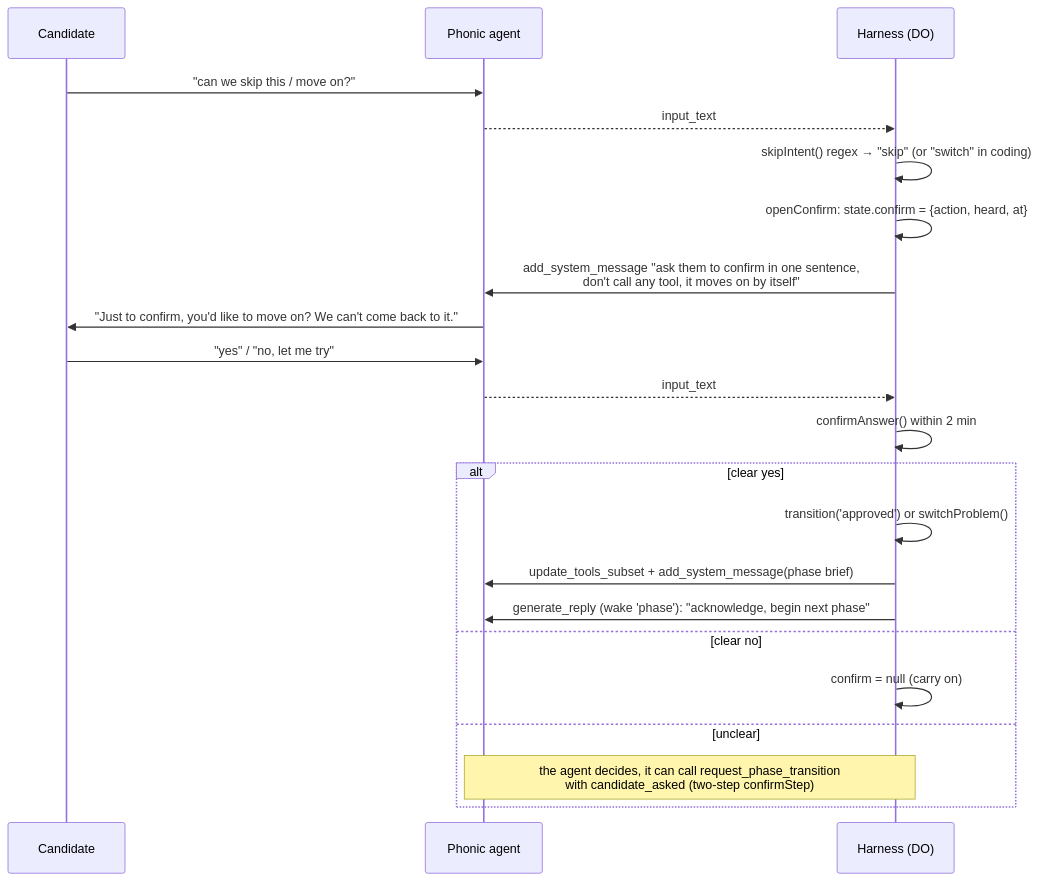
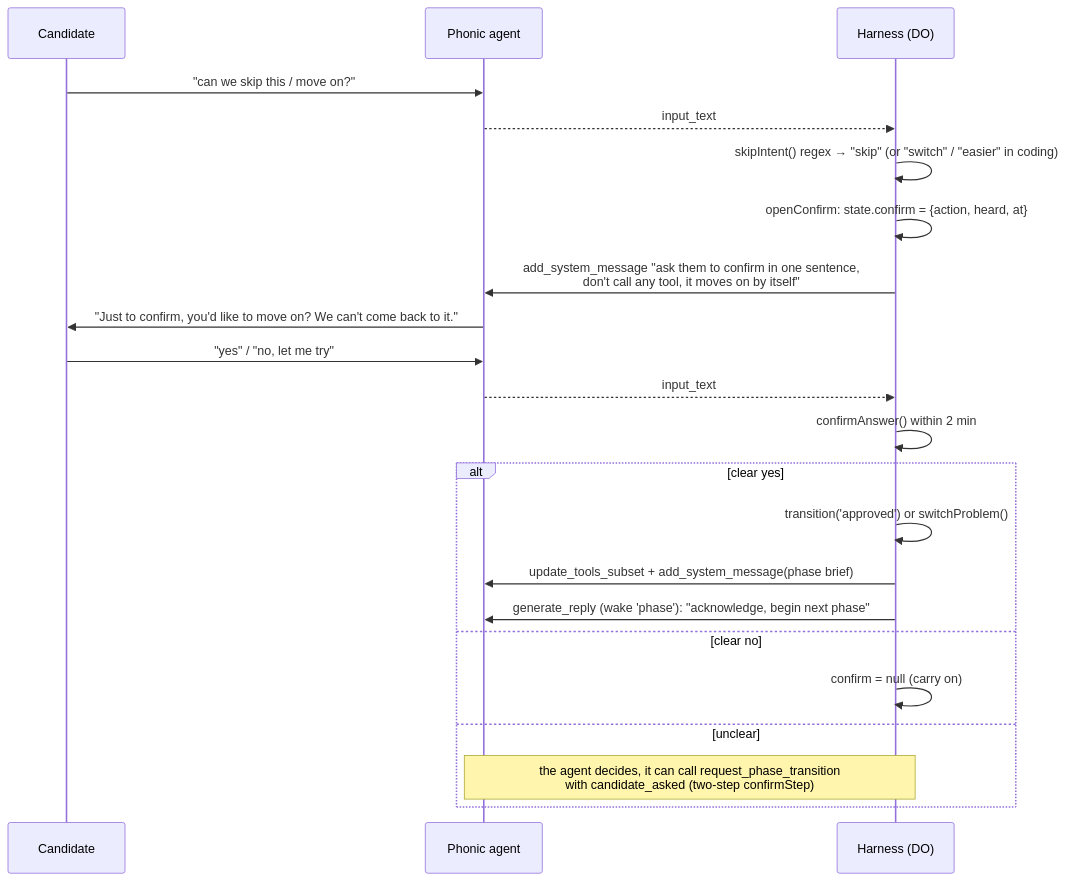
The tenth of 12 diagrams in docs/ai-interview-flow.md (GitNimay/HirelyAi), drawn with Mermaid before and after one commit. The commit also changed other lines of this file and 25 other files, not shown here.

First line of the commit message:
[minor] AI interview: DevOps/data coding environments, different or easier problems (#128)

````diff
--- a/docs/ai-interview-flow.md
+++ b/docs/ai-interview-flow.md
@@ -335,25 +350,25 @@
 ```mermaid
 sequenceDiagram
     participant C as Candidate
     participant P as Phonic agent
     participant DO as Harness (DO)
 
     C->>P: "can we skip this / move on?"
     P-->>DO: input_text
-    DO->>DO: skipIntent() regex → "skip" (or "switch" in coding)
+    DO->>DO: skipIntent() regex → "skip" (or "switch" / "easier" in coding)
     DO->>DO: openConfirm: state.confirm = {action, heard, at}
     DO->>P: add_system_message "ask them to confirm in one sentence,<br/>don't call any tool, it moves on by itself"
     P->>C: "Just to confirm, you'd like to move on? We can't come back to it."
     C->>P: "yes" / "no, let me try"
     P-->>DO: input_text
     DO->>DO: confirmAnswer() within 2 min
     alt clear yes
         DO->>DO: transition('approved') or switchProblem()
         DO->>P: update_tools_subset + add_system_message(phase brief)
         DO->>P: generate_reply (wake 'phase'): "acknowledge, begin next phase"
     else clear no
         DO->>DO: confirm = null (carry on)
     else unclear
         Note over P,DO: the agent decides, it can call request_phase_transition<br/>with candidate_asked (two-step confirmStep)
     end
 ```
````
